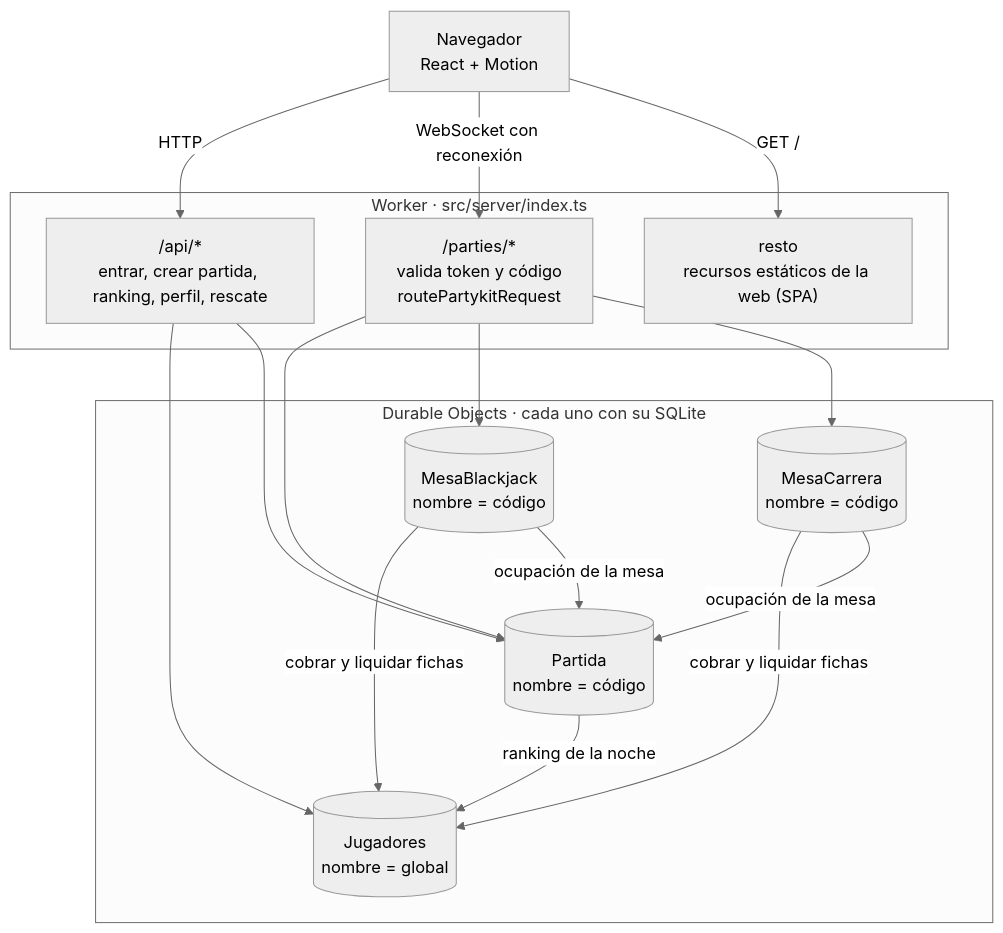
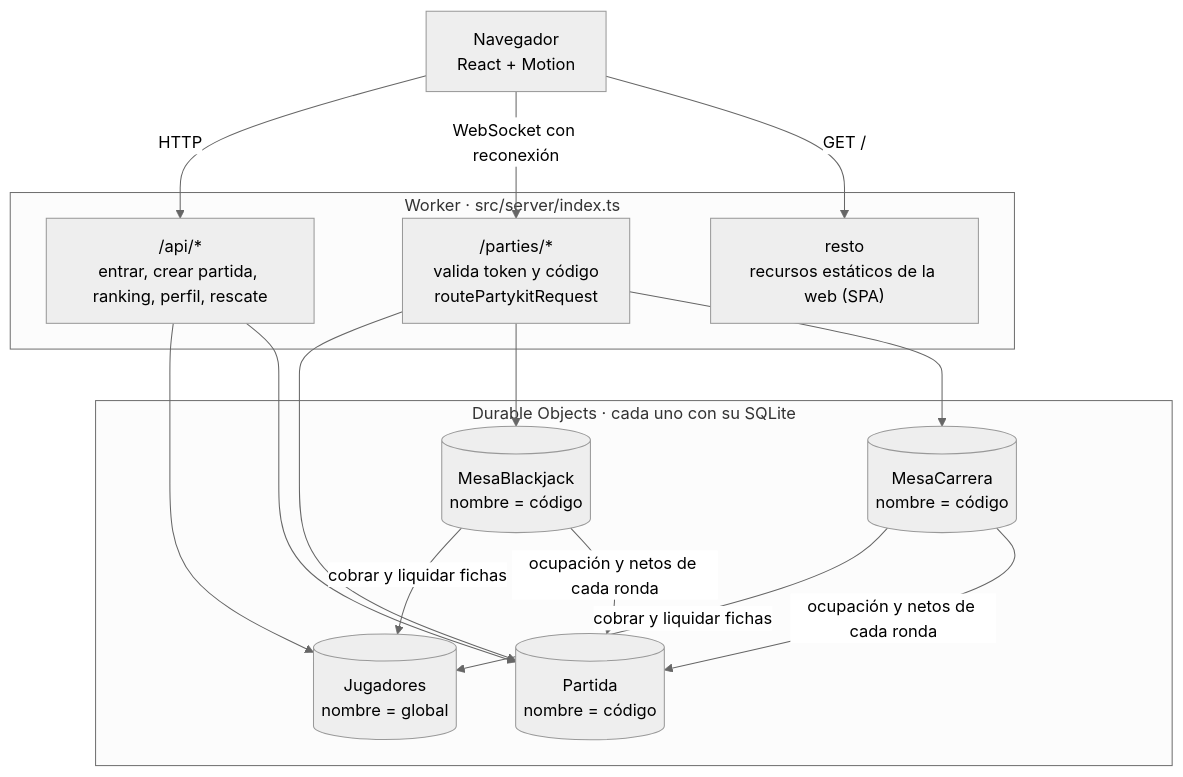
The diagram in README.md (franciscorodalf/la-timba), drawn with Mermaid (neutral theme) before and after one commit. The commit also changed other lines of this file, not shown here.

Commit message:
docs: el diagrama y los errores de mesa del README cuentan lo construido

````diff
--- a/README.md
+++ b/README.md
@@ -54,32 +54,31 @@
 ```mermaid
 flowchart TB
     N["Navegador<br/>React + Motion"]
 
     subgraph W["Worker · src/server/index.ts"]
         API["/api/*<br/>entrar, crear partida, ranking, perfil, rescate"]
         WS["/parties/*<br/>valida token y código<br/>routePartykitRequest"]
         EST["resto<br/>recursos estáticos de la web (SPA)"]
     end
 
     subgraph DO["Durable Objects · cada uno con su SQLite"]
         J[("Jugadores<br/>nombre = global")]
         P[("Partida<br/>nombre = código")]
         MB[("MesaBlackjack<br/>nombre = código")]
         MC[("MesaCarrera<br/>nombre = código")]
     end
 
     N -- "HTTP" --> API
     N -- "WebSocket con reconexión" --> WS
     N -- "GET /" --> EST
 
     API --> J
     API --> P
     WS --> P
     WS --> MB
     WS --> MC
     MB -- "cobrar y liquidar fichas" --> J
     MC -- "cobrar y liquidar fichas" --> J
-    MB -- "ocupación de la mesa" --> P
-    MC -- "ocupación de la mesa" --> P
-    P -- "ranking de la noche" --> J
+    MB -- "ocupación y netos de cada ronda" --> P
+    MC -- "ocupación y netos de cada ronda" --> P
 ```
````
